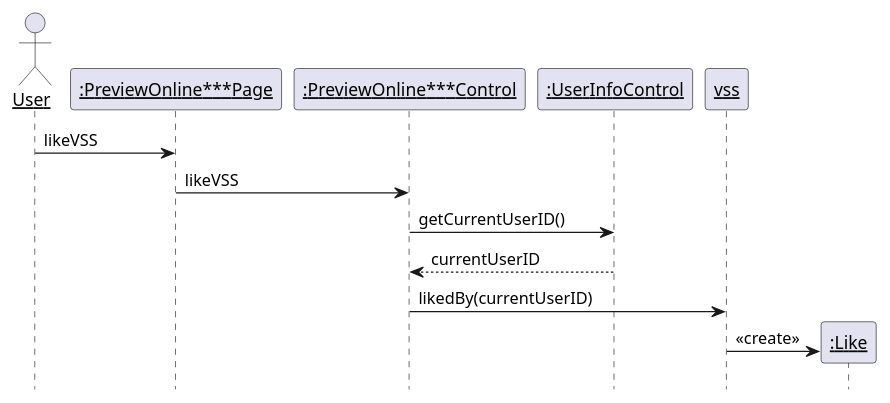
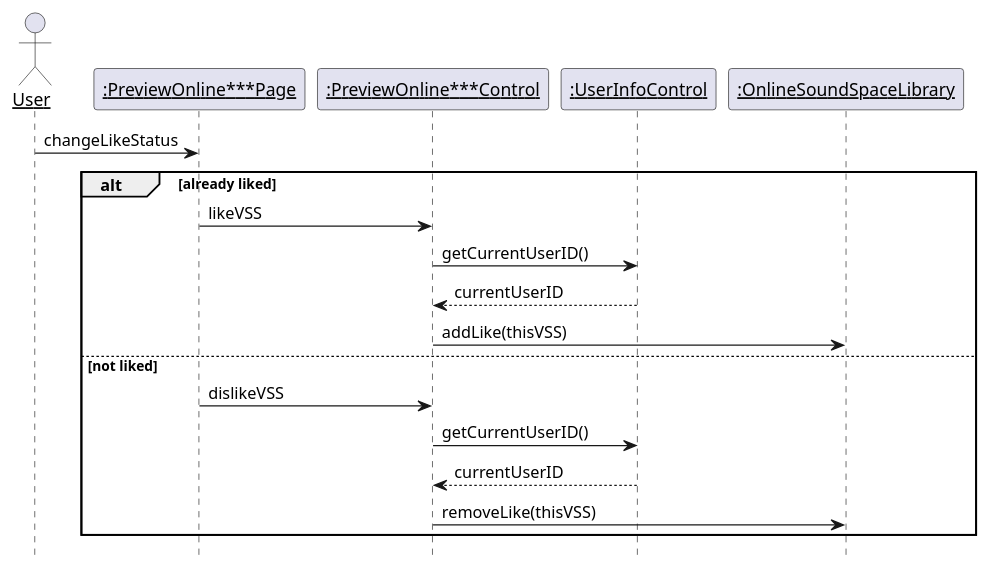
Before and after one commit to kpp19920121/doc: the tenth of 21 diagrams in 需求定义和分析/SeqDiagram.md, drawn with PlantUML. The commit also changed other lines of this file and 22 other files, not shown here.

````diff
--- a/需求定义和分析/SeqDiagram.md
+++ b/需求定义和分析/SeqDiagram.md
@@ -439,20 +500,25 @@
 ```PlantUML
 @startuml LikeVSS
 hide footbox
 skinparam sequenceParticipant underline
 actor User as user
 participant ":PreviewOnline***Page" as page
 participant ":PreviewOnline***Control" as control
 participant ":UserInfoControl" as info
+participant ":OnlineSoundSpaceLibrary" as library
 
-user -> page: likeVSS
-page -> control: likeVSS
-control -> info: getCurrentUserID()
-info --> control: currentUserID
-control -> vss: likedBy(currentUserID)
-participant ":Like" as like
-create like
-vss -> like: <<create>>
+user -> page: changeLikeStatus
+alt already liked
+    page -> control: likeVSS
+    control -> info: getCurrentUserID()
+    info --> control: currentUserID
+    control -> library: addLike(thisVSS)
+else not liked
+    page -> control: dislikeVSS
+    control -> info: getCurrentUserID()
+    info --> control: currentUserID
+    control -> library: removeLike(thisVSS)
+end
 
 @enduml
 ```
````
